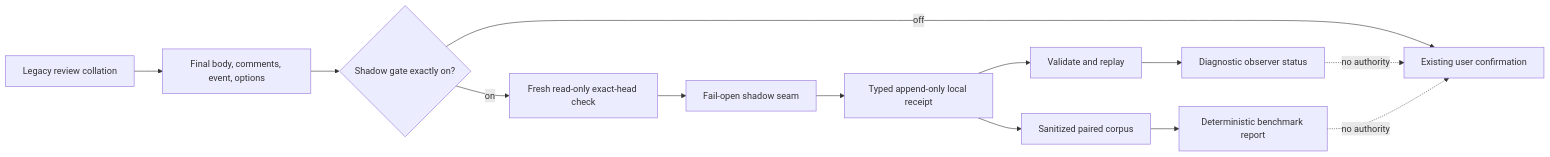
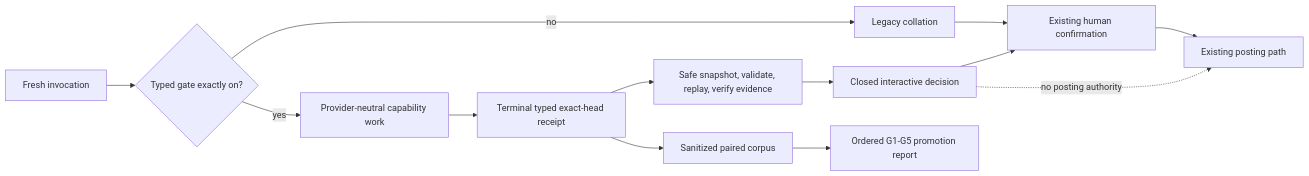
One commit to iamcxa/kc-claude-plugins changed the diagram in ARCHITECTURE.md. Above: the diagram before and after it, drawn with Mermaid. The commit also changed other lines of this file and 6 other files, not shown here.

Commit message:
docs(kc-pr-flow): sync typed lifecycle canon and CI

````diff
--- a/ARCHITECTURE.md
+++ b/ARCHITECTURE.md
@@ -38,15 +39,15 @@
 ```mermaid
 flowchart LR
-    Legacy[Legacy review collation] --> Frozen[Final body, comments, event, options]
-    Frozen --> Gate{Shadow gate exactly on?}
-    Gate -->|off| Confirm[Existing user confirmation]
-    Gate -->|on| Fresh[Fresh read-only exact-head check]
-    Fresh --> Seam[Fail-open shadow seam]
-    Seam --> Log[Typed append-only local receipt]
-    Log --> Validate[Validate and replay]
-    Validate --> Observe[Diagnostic observer status]
+    Start[Fresh invocation] --> Switch{Typed gate exactly on?}
+    Switch -->|no| Legacy[Legacy collation]
+    Switch -->|yes| Lanes[Provider-neutral capability work]
+    Lanes --> Log[Terminal typed exact-head receipt]
+    Log --> Replay[Safe snapshot, validate, replay, verify evidence]
+    Replay --> Decision[Closed interactive decision]
+    Decision --> Confirm[Existing human confirmation]
+    Legacy --> Confirm
     Log --> Pair[Sanitized paired corpus]
-    Pair --> Report[Deterministic benchmark report]
-    Observe -. no authority .-> Confirm
-    Report -. no authority .-> Confirm
+    Pair --> Gates[Ordered G1-G5 promotion report]
+    Confirm --> Post[Existing posting path]
+    Decision -. no posting authority .-> Post
 ```
````
